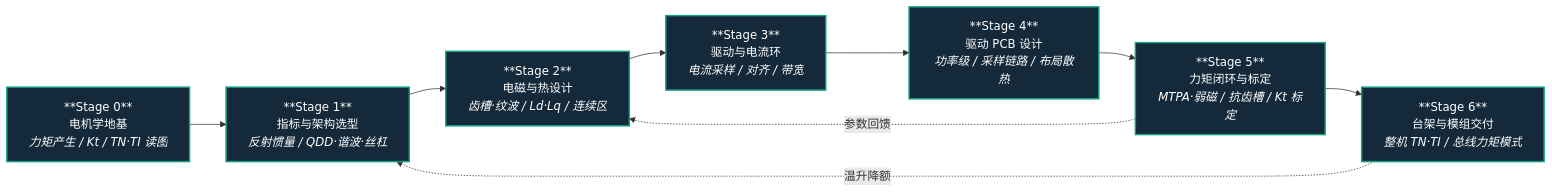
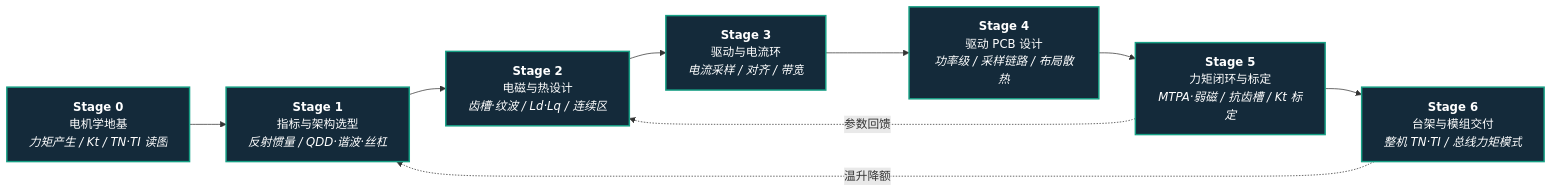
One commit to ImChong/Robotics_Notebooks changed the diagram in roadmap/depth-torque-motor-design.md. Above: the diagram before and after it, drawn with Mermaid. The commit also changed 27 other files, not shown here.

First line of the commit message:
fix(ux): 修复纵深路线一览 Mermaid 节点 ** 原样显示

````diff
--- a/roadmap/depth-torque-motor-design.md
+++ b/roadmap/depth-torque-motor-design.md
@@ -7,17 +7,17 @@
 ```mermaid
 flowchart LR
-  S0["**Stage 0**<br/>电机学地基<br/><em>力矩产生 / Kt / TN·TI 读图</em>"]
-  S1["**Stage 1**<br/>指标与架构选型<br/><em>反射惯量 / QDD·谐波·丝杠</em>"]
-  S2["**Stage 2**<br/>电磁与热设计<br/><em>齿槽·纹波 / Ld·Lq / 连续区</em>"]
-  S3["**Stage 3**<br/>驱动与电流环<br/><em>电流采样 / 对齐 / 带宽</em>"]
-  S4["**Stage 4**<br/>驱动 PCB 设计<br/><em>功率级 / 采样链路 / 布局散热</em>"]
-  S5["**Stage 5**<br/>力矩闭环与标定<br/><em>MTPA·弱磁 / 抗齿槽 / Kt 标定</em>"]
-  S6["**Stage 6**<br/>台架与模组交付<br/><em>整机 TN·TI / 总线力矩模式</em>"]
+  S0["<b>Stage 0</b><br/>电机学地基<br/><em>力矩产生 / Kt / TN·TI 读图</em>"]
+  S1["<b>Stage 1</b><br/>指标与架构选型<br/><em>反射惯量 / QDD·谐波·丝杠</em>"]
+  S2["<b>Stage 2</b><br/>电磁与热设计<br/><em>齿槽·纹波 / Ld·Lq / 连续区</em>"]
+  S3["<b>Stage 3</b><br/>驱动与电流环<br/><em>电流采样 / 对齐 / 带宽</em>"]
+  S4["<b>Stage 4</b><br/>驱动 PCB 设计<br/><em>功率级 / 采样链路 / 布局散热</em>"]
+  S5["<b>Stage 5</b><br/>力矩闭环与标定<br/><em>MTPA·弱磁 / 抗齿槽 / Kt 标定</em>"]
+  S6["<b>Stage 6</b><br/>台架与模组交付<br/><em>整机 TN·TI / 总线力矩模式</em>"]
 
   S0 --> S1 --> S2 --> S3 --> S4 --> S5 --> S6
   S5 -.->|参数回馈| S2
   S6 -.->|温升降额| S1
 
   classDef stage fill:#142a3a,stroke:#16a085,stroke-width:2px,color:#fff
   class S0,S1,S2,S3,S4,S5,S6 stage
 ```
````
